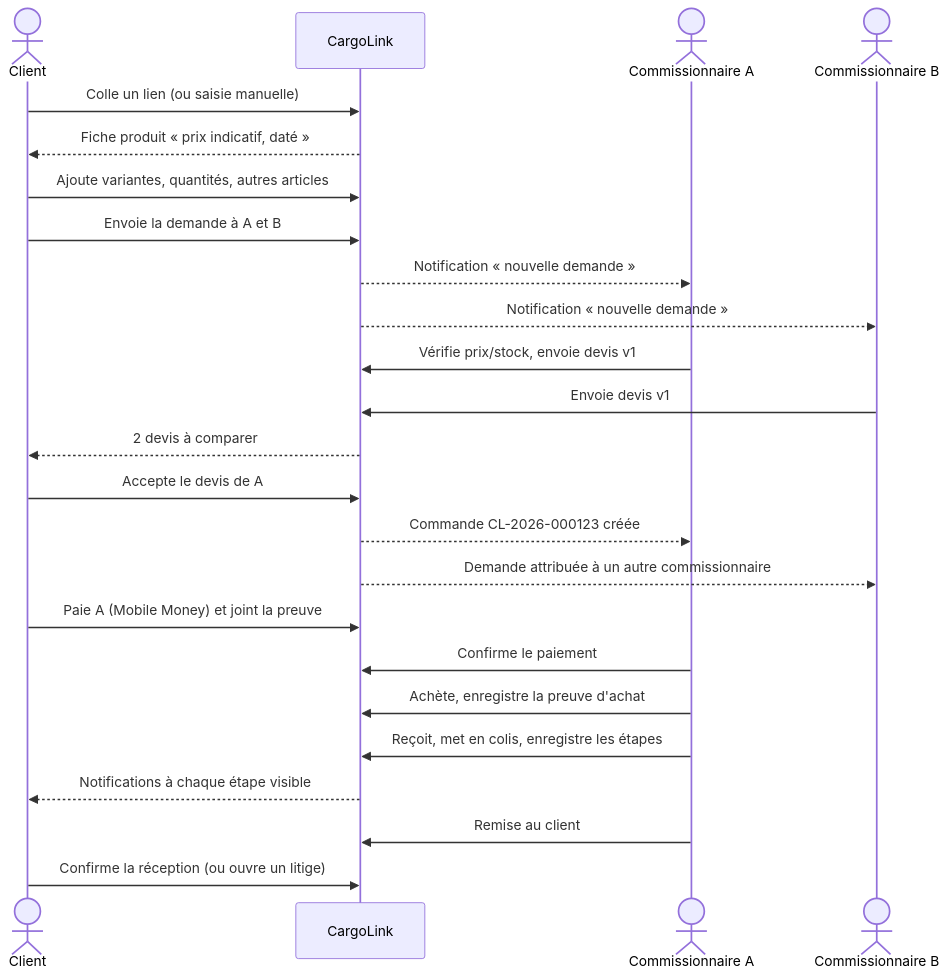
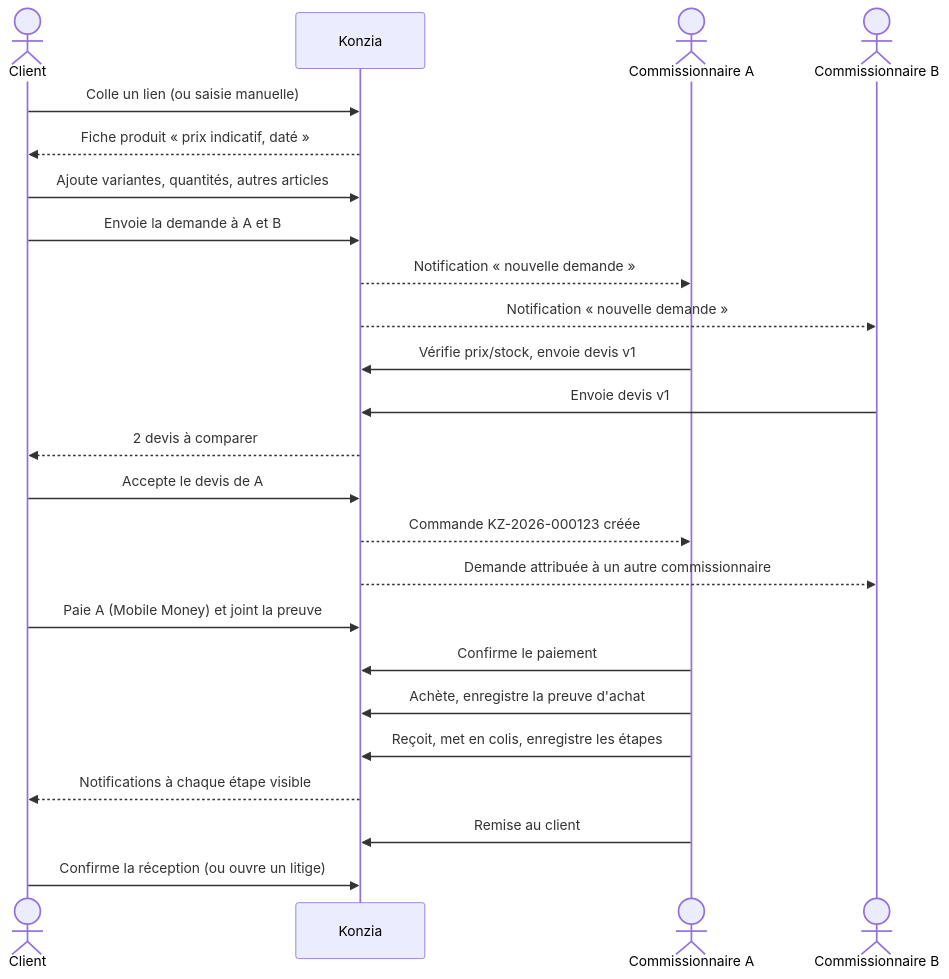
One commit to nexus-max86/import-export changed the first of 8 diagrams in docs/05-etats-et-parcours.md. Above: the diagram before and after it, drawn with Mermaid. The commit also changed other lines of this file and 11 other files, not shown here.

First line of the commit message:
docs: renommage CargoLink -> Konzia, questionnaire commissionnaires

````diff
--- a/docs/05-etats-et-parcours.md
+++ b/docs/05-etats-et-parcours.md
@@ -7,26 +7,26 @@
 ```mermaid
 sequenceDiagram
   actor Cl as Client
-  participant App as CargoLink
+  participant App as Konzia
   actor A as Commissionnaire A
   actor B as Commissionnaire B
   Cl->>App: Colle un lien (ou saisie manuelle)
   App-->>Cl: Fiche produit « prix indicatif, daté »
   Cl->>App: Ajoute variantes, quantités, autres articles
   Cl->>App: Envoie la demande à A et B
   App-->>A: Notification « nouvelle demande »
   App-->>B: Notification « nouvelle demande »
   A->>App: Vérifie prix/stock, envoie devis v1
   B->>App: Envoie devis v1
   App-->>Cl: 2 devis à comparer
   Cl->>App: Accepte le devis de A
-  App-->>A: Commande CL-2026-000123 créée
+  App-->>A: Commande KZ-2026-000123 créée
   App-->>B: Demande attribuée à un autre commissionnaire
   Cl->>App: Paie A (Mobile Money) et joint la preuve
   A->>App: Confirme le paiement
   A->>App: Achète, enregistre la preuve d'achat
   A->>App: Reçoit, met en colis, enregistre les étapes
   App-->>Cl: Notifications à chaque étape visible
   A->>App: Remise au client
   Cl->>App: Confirme la réception (ou ouvre un litige)
 ```
````
